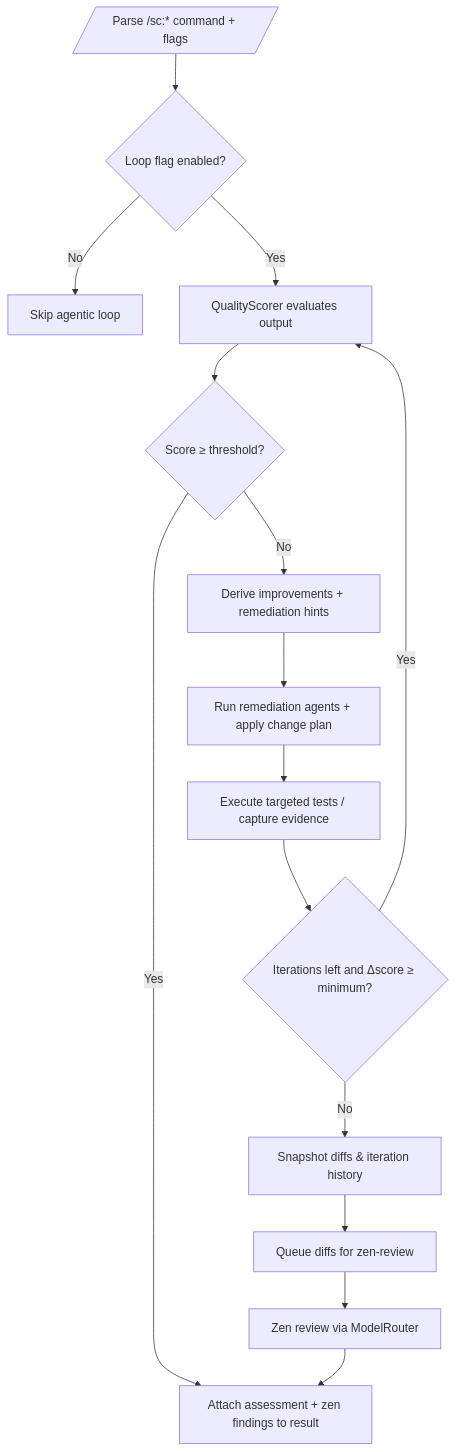
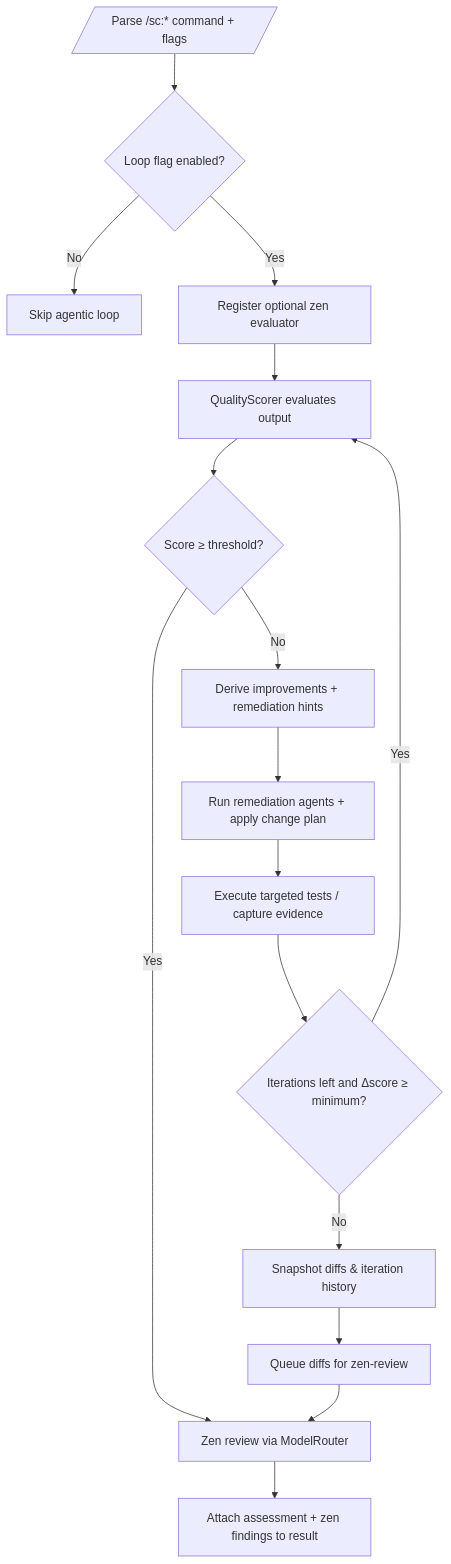
Before and after one commit to Tony363/SuperClaude: the third of 3 diagrams in README.md, drawn with Mermaid.

Commit message:
zen mcp review in the agentic loop

````diff
--- a/README.md
+++ b/README.md
@@ -203,17 +203,18 @@
 ```mermaid
 flowchart TD
     A[/Parse /sc:* command + flags/] --> B{Loop flag enabled?}
     B -->|No| Z[Skip agentic loop]
-    B -->|Yes| C[QualityScorer evaluates output]
-    C --> D{Score ≥ threshold?}
-    D -->|Yes| L[Persist assessment & finish]
-    D -->|No| E[Derive improvements + remediation hints]
-    E --> F[Run remediation agents + apply change plan]
-    F --> G[Execute targeted tests / capture evidence]
-    G --> H{Iterations left and Δscore ≥ minimum?}
-    H -->|Yes| C
-    H -->|No| I[Snapshot diffs & iteration history]
-    I --> J[Queue diffs for zen-review]
-    J --> K[Zen review via ModelRouter]
-    K --> L[Attach assessment + zen findings to result]
+    B -->|Yes| C[Register optional zen evaluator]
+    C --> D[QualityScorer evaluates output]
+    D --> E{Score ≥ threshold?}
+    E -->|Yes| L[Persist assessment & finish]
+    E -->|No| F[Derive improvements + remediation hints]
+    F --> G[Run remediation agents + apply change plan]
+    G --> H[Execute targeted tests / capture evidence]
+    H --> I{Iterations left and Δscore ≥ minimum?}
+    I -->|Yes| D
+    I -->|No| J[Snapshot diffs & iteration history]
+    J --> K[Queue diffs for zen-review]
+    K --> L[Zen review via ModelRouter]
+    L --> M[Attach assessment + zen findings to result]
 ```
````
